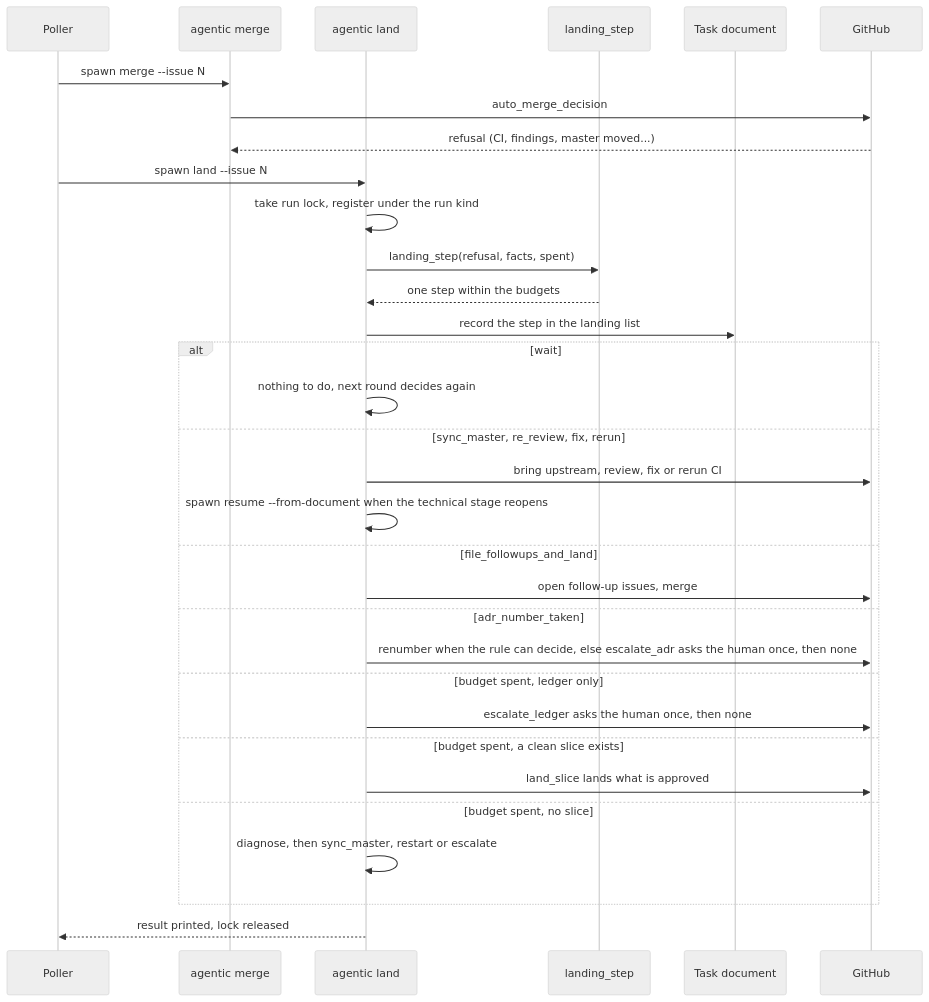
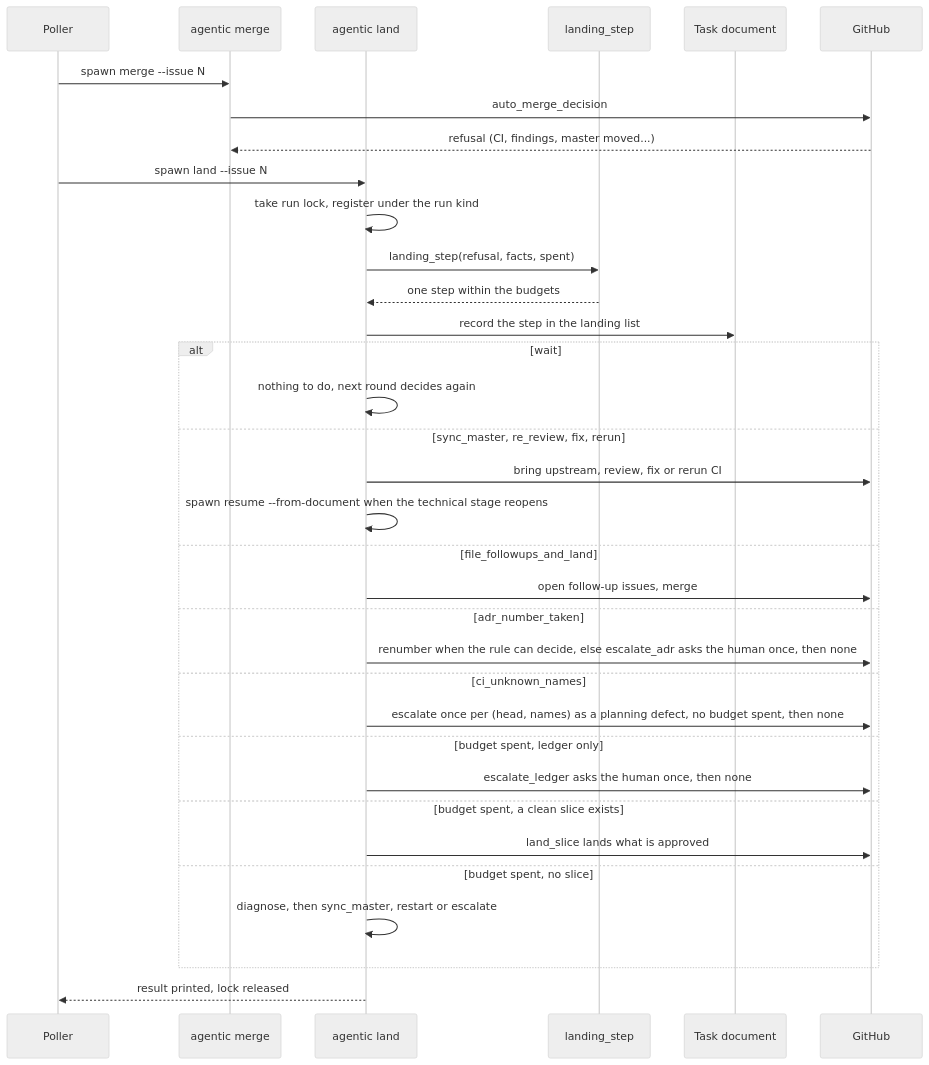
Before and after one commit to GonzaloZevallos/agentic-system: the diagram in docs/architecture/flujos/aterrizaje.md, drawn with Mermaid (neutral theme). The commit also changed other lines of this file, not shown here.

Commit message:
Document the ci_unknown_names arm in the landing flow

````diff
--- a/docs/architecture/flujos/aterrizaje.md
+++ b/docs/architecture/flujos/aterrizaje.md
@@ -9,34 +9,36 @@
 ```mermaid
 sequenceDiagram
     participant Poller
     participant Merge as agentic merge
     participant Land as agentic land
     participant Table as landing_step
     participant Doc as Task document
     participant GitHub
     Poller->>Merge: spawn merge --issue N
     Merge->>GitHub: auto_merge_decision
     GitHub-->>Merge: refusal (CI, findings, master moved...)
     Poller->>Land: spawn land --issue N
     Land->>Land: take run lock, register under the run kind
     Land->>Table: landing_step(refusal, facts, spent)
     Table-->>Land: one step within the budgets
     Land->>Doc: record the step in the landing list
     alt wait
         Land->>Land: nothing to do, next round decides again
     else sync_master, re_review, fix, rerun
         Land->>GitHub: bring upstream, review, fix or rerun CI
         Land->>Land: spawn resume --from-document when the technical stage reopens
     else file_followups_and_land
         Land->>GitHub: open follow-up issues, merge
     else adr_number_taken
         Land->>GitHub: renumber when the rule can decide, else escalate_adr asks the human once, then none
+    else ci_unknown_names
+        Land->>GitHub: escalate once per (head, names) as a planning defect, no budget spent, then none
     else budget spent, ledger only
         Land->>GitHub: escalate_ledger asks the human once, then none
     else budget spent, a clean slice exists
         Land->>GitHub: land_slice lands what is approved
     else budget spent, no slice
         Land->>Land: diagnose, then sync_master, restart or escalate
     end
     Land-->>Poller: result printed, lock released
 ```
````
